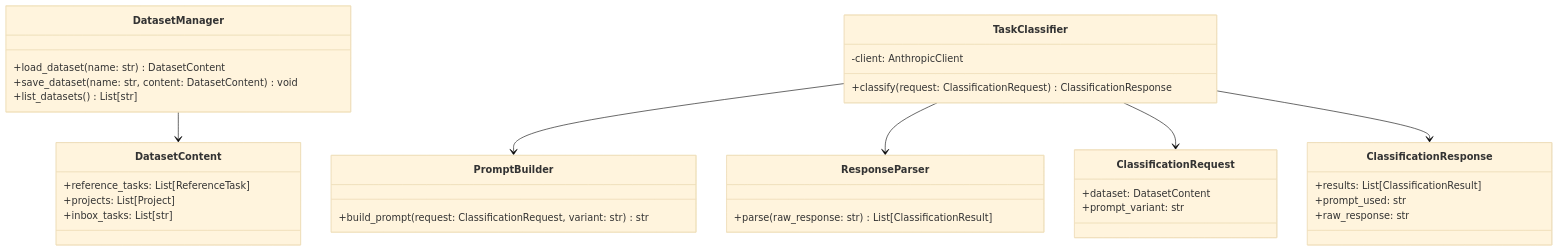
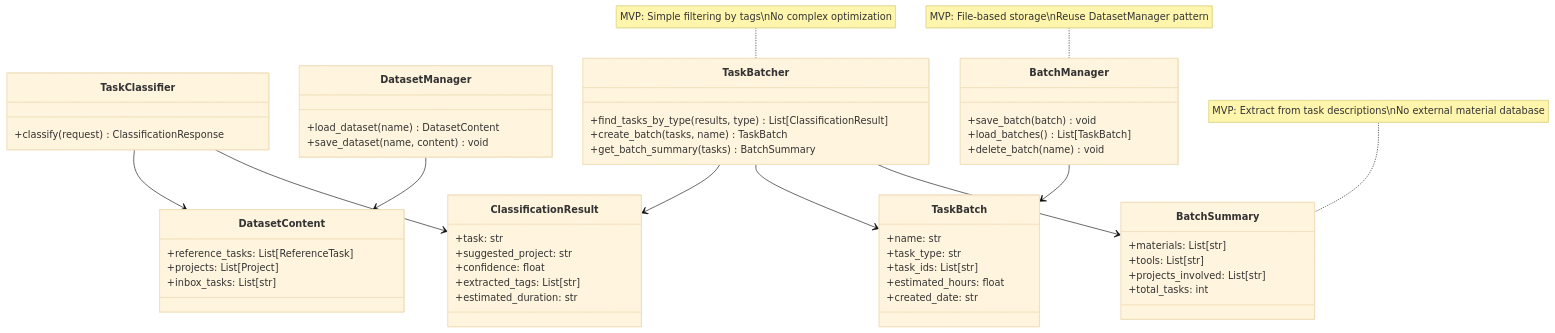
One commit to m1981/task_classifier_rd changed the diagram in doc/diagram.md. Above: the diagram before and after it, drawn with Mermaid (base theme).

Commit message:
MVP: batch for David scenarios2

````diff
--- a/doc/diagram.md
+++ b/doc/diagram.md
@@ -1,44 +1,70 @@
 ```mermaid
 classDiagram
-    class DatasetManager {
-        +load_dataset(name: str) DatasetContent
-        +save_dataset(name: str, content: DatasetContent) void
-        +list_datasets() List[str]
+    %% Existing Core Classes (Keep as-is)
+    class TaskClassifier {
+        +classify(request) ClassificationResponse
     }
     
-    class TaskClassifier {
-        -client: AnthropicClient
-        +classify(request: ClassificationRequest) ClassificationResponse
+    class DatasetManager {
+        +load_dataset(name) DatasetContent
+        +save_dataset(name, content) void
     }
     
-    class PromptBuilder {
-        +build_prompt(request: ClassificationRequest, variant: str) str
+    %% MVP Batching Classes (Simplified)
+    class TaskBatcher {
+        +find_tasks_by_type(results, type) List[ClassificationResult]
+        +create_batch(tasks, name) TaskBatch
+        +get_batch_summary(tasks) BatchSummary
     }
     
-    class ResponseParser {
-        +parse(raw_response: str) List[ClassificationResult]
+    class BatchManager {
+        +save_batch(batch) void
+        +load_batches() List[TaskBatch]
+        +delete_batch(name) void
+    }
+    
+    %% Simplified Models (MVP Only)
+    class TaskBatch {
+        +name: str
+        +task_type: str
+        +task_ids: List[str]
+        +estimated_hours: float
+        +created_date: str
+    }
+    
+    class BatchSummary {
+        +materials: List[str]
+        +tools: List[str]
+        +projects_involved: List[str]
+        +total_tasks: int
+    }
+    
+    %% Existing Models (Reference only)
+    class ClassificationResult {
+        +task: str
+        +suggested_project: str
+        +confidence: float
+        +extracted_tags: List[str]
+        +estimated_duration: str
     }
     
     class DatasetContent {
         +reference_tasks: List[ReferenceTask]
         +projects: List[Project]
         +inbox_tasks: List[str]
     }
     
-    class ClassificationRequest {
-        +dataset: DatasetContent
-        +prompt_variant: str
-    }
+    %% Relationships (Simplified)
+    TaskClassifier --> DatasetContent
+    TaskClassifier --> ClassificationResult
+    TaskBatcher --> ClassificationResult
+    TaskBatcher --> TaskBatch
+    TaskBatcher --> BatchSummary
+    BatchManager --> TaskBatch
+    DatasetManager --> DatasetContent
     
-    class ClassificationResponse {
-        +results: List[ClassificationResult]
-        +prompt_used: str
-        +raw_response: str
-    }
-    
-    TaskClassifier --> PromptBuilder
-    TaskClassifier --> ResponseParser
-    DatasetManager --> DatasetContent
-    TaskClassifier --> ClassificationRequest
-    TaskClassifier --> ClassificationResponse
+    %% Notes
+    note for TaskBatcher "MVP: Simple filtering by tags\nNo complex optimization"
+    note for BatchSummary "MVP: Extract from task descriptions\nNo external material database"
+    note for BatchManager "MVP: File-based storage\nReuse DatasetManager pattern"
 ```
````
